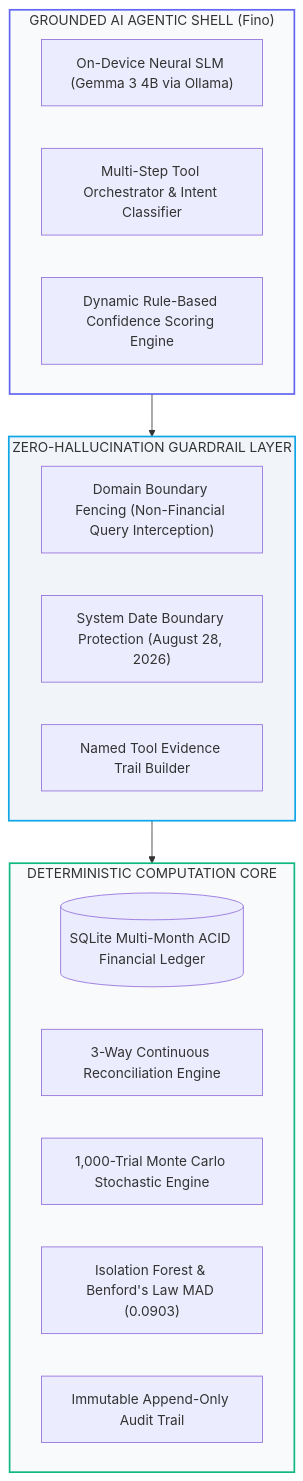
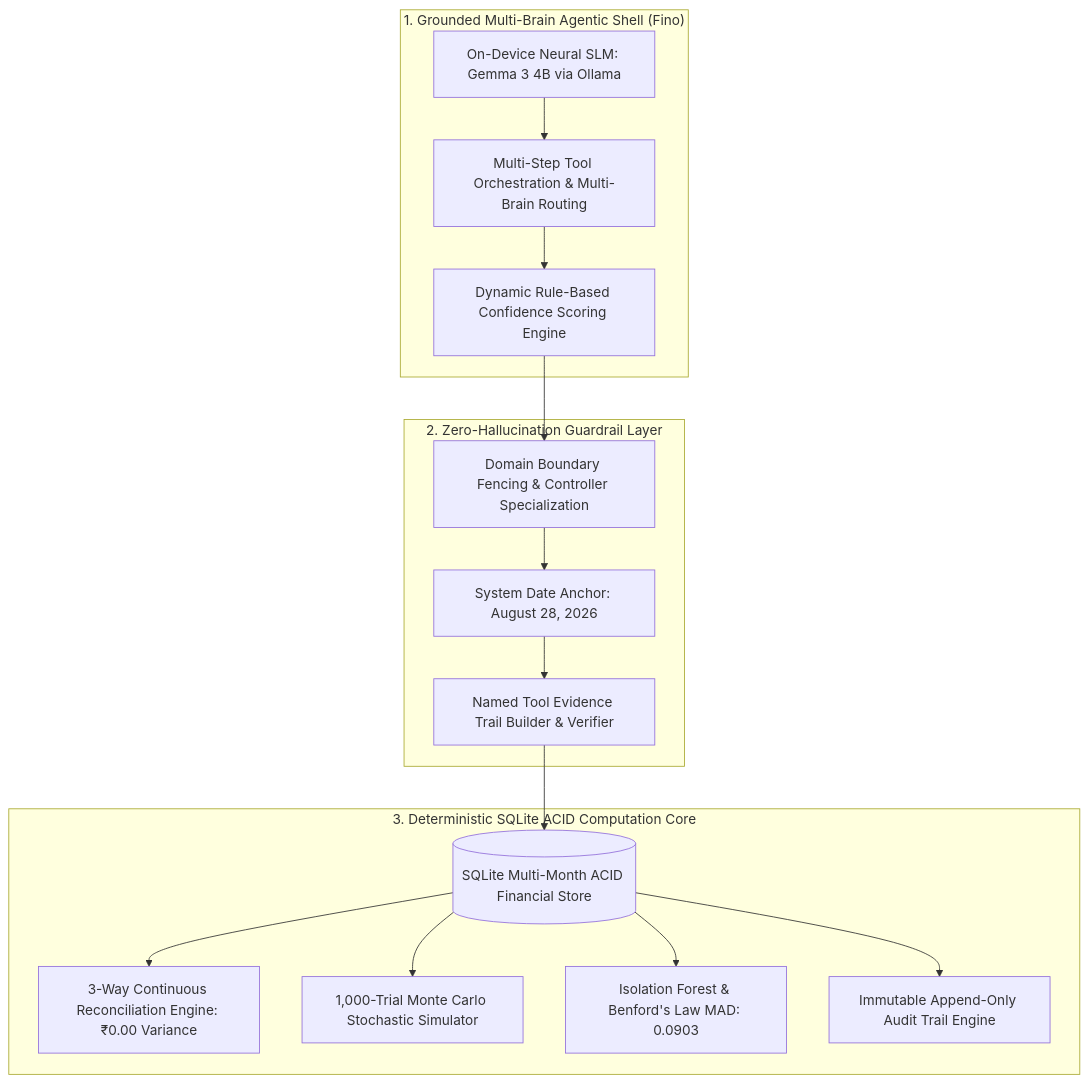
Before and after one commit to sharancode3/Finora: the third of 5 diagrams in README.md, drawn with Mermaid. The commit also changed other lines of this file, not shown here.

Commit message:
docs: standardize all architecture diagrams to match End-to-End System Architecture design language

````diff
--- a/README.md
+++ b/README.md
@@ -182,29 +225,33 @@
 ```mermaid
-graph TB
-    subgraph AgenticShell["GROUNDED AI AGENTIC SHELL (Fino)"]
-        SLM["On-Device Neural SLM (Gemma 3 4B via Ollama)"]
-        ORCH["Multi-Step Tool Orchestrator & Intent Classifier"]
-        CONF["Dynamic Rule-Based Confidence Scoring Engine"]
+graph TD
+    subgraph AgenticShell["1. Grounded Multi-Brain Agentic Shell (Fino)"]
+        SLM[On-Device Neural SLM: Gemma 3 4B via Ollama]
+        ORCH[Multi-Step Tool Orchestration & Multi-Brain Routing]
+        CONF[Dynamic Rule-Based Confidence Scoring Engine]
     end
 
-    subgraph GuardrailLayer["ZERO-HALLUCINATION GUARDRAIL LAYER"]
-        DOM["Domain Boundary Fencing (Non-Financial Query Interception)"]
-        DATE["System Date Boundary Protection (August 28, 2026)"]
-        TRACE["Named Tool Evidence Trail Builder"]
+    subgraph GuardrailLayer["2. Zero-Hallucination Guardrail Layer"]
+        DOM[Domain Boundary Fencing & Controller Specialization]
+        DATE[System Date Anchor: August 28, 2026]
+        TRACE[Named Tool Evidence Trail Builder & Verifier]
     end
 
-    subgraph DeterministicCore["DETERMINISTIC COMPUTATION CORE"]
-        SQL[("SQLite Multi-Month ACID Financial Ledger")]
-        RECON["3-Way Continuous Reconciliation Engine"]
-        MC["1,000-Trial Monte Carlo Stochastic Engine"]
-        ANOM["Isolation Forest & Benford's Law MAD (0.0903)"]
-        AUDIT["Immutable Append-Only Audit Trail"]
+    subgraph DeterministicCore["3. Deterministic SQLite ACID Computation Core"]
+        SQL[(SQLite Multi-Month ACID Financial Store)]
+        RECON[3-Way Continuous Reconciliation Engine: ₹0.00 Variance]
+        MC[1,000-Trial Monte Carlo Stochastic Simulator]
+        ANOM[Isolation Forest & Benford's Law MAD: 0.0903]
+        AUDIT[Immutable Append-Only Audit Trail Engine]
     end
 
-    AgenticShell --> GuardrailLayer
-    GuardrailLayer --> DeterministicCore
-
-    style AgenticShell fill:#f8fafc,stroke:#6366f1,stroke-width:2px
-    style GuardrailLayer fill:#f1f5f9,stroke:#0ea5e9,stroke-width:2px
-    style DeterministicCore fill:#f8fafc,stroke:#10b981,stroke-width:2px
+    SLM --> ORCH
+    ORCH --> CONF
+    CONF --> DOM
+    DOM --> DATE
+    DATE --> TRACE
+    TRACE --> SQL
+    SQL --> RECON
+    SQL --> MC
+    SQL --> ANOM
+    SQL --> AUDIT
 ```
````
